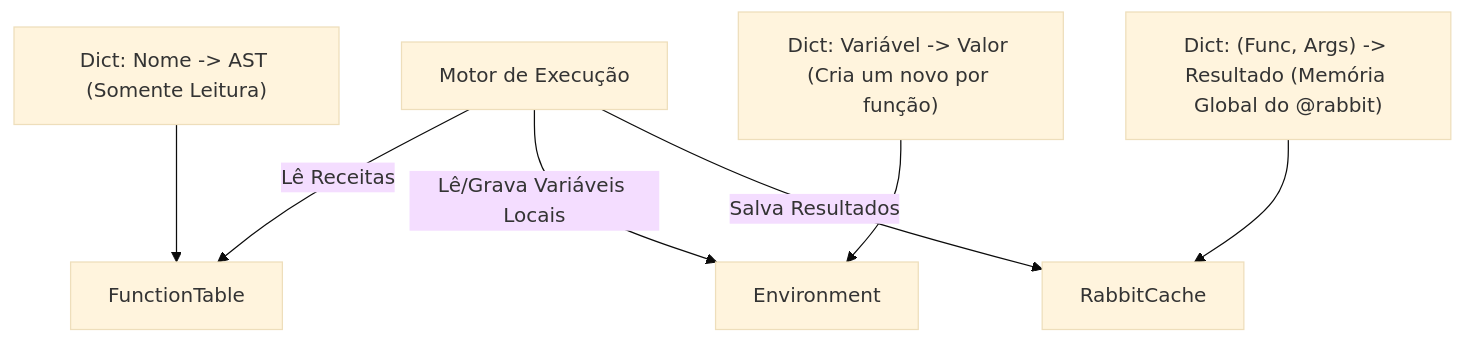
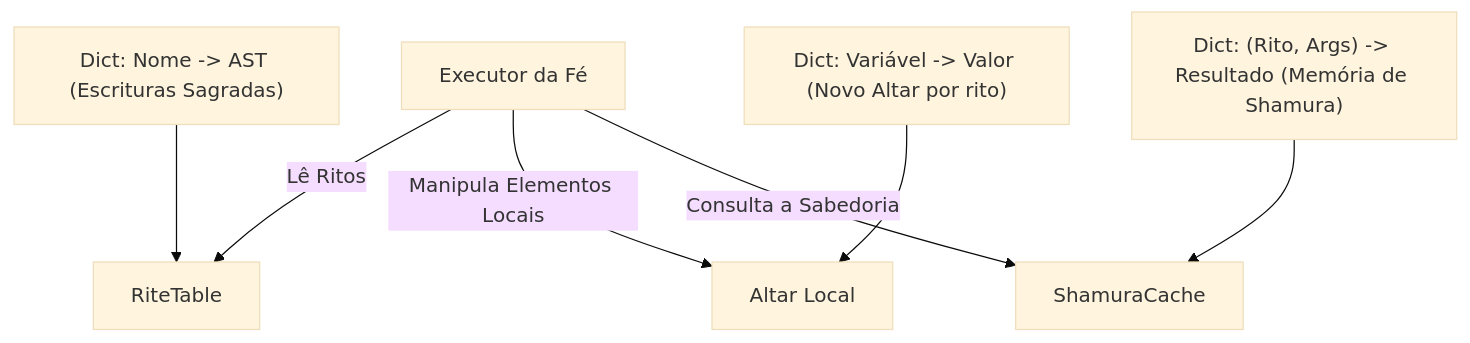
One commit to EduLoboM/OldFaith changed the first of 3 diagrams in documentation/interpreter.md. Above: the diagram before and after it, drawn with Mermaid (base theme). The commit also changed other lines of this file and 14 other files, not shown here.

````diff
--- a/documentation/interpreter.md
+++ b/documentation/interpreter.md
@@ -3,19 +3,19 @@
 ```mermaid
 graph TD
-    Interpreter[Motor de Execução]:::runner
+    Interpreter[Executor da Fé]:::runner
 
     %% Estruturas
-    FuncTable[FunctionTable]:::static
-    Env[Environment]:::dynamic
-    RatC[RabbitCache]:::cache
+    RiteTable[RiteTable]:::static
+    Env[Altar Local]:::dynamic
+    ShamuraC[ShamuraCache]:::cache
 
     %% Relações
-    Interpreter -->|Lê Receitas| FuncTable
-    Interpreter -->|Lê/Grava Variáveis Locais| Env
-    Interpreter -->|Salva Resultados| RatC
+    Interpreter -->|Lê Ritos| RiteTable
+    Interpreter -->|Manipula Elementos Locais| Env
+    Interpreter -->|Consulta a Sabedoria| ShamuraC
 
     %% Descrições
-    DescTable["Dict: Nome -> AST (Somente Leitura)"] --> FuncTable
-    DescEnv["Dict: Variável -> Valor (Cria um novo por função)"] --> Env
-    DescCache["Dict: (Func, Args) -> Resultado (Memória Global do @rabbit)"] --> RatC
+    DescTable["Dict: Nome -> AST (Escrituras Sagradas)"] --> RiteTable
+    DescEnv["Dict: Variável -> Valor (Novo Altar por rito)"] --> Env
+    DescCache["Dict: (Rito, Args) -> Resultado (Memória de Shamura)"] --> ShamuraC
 ```
````
